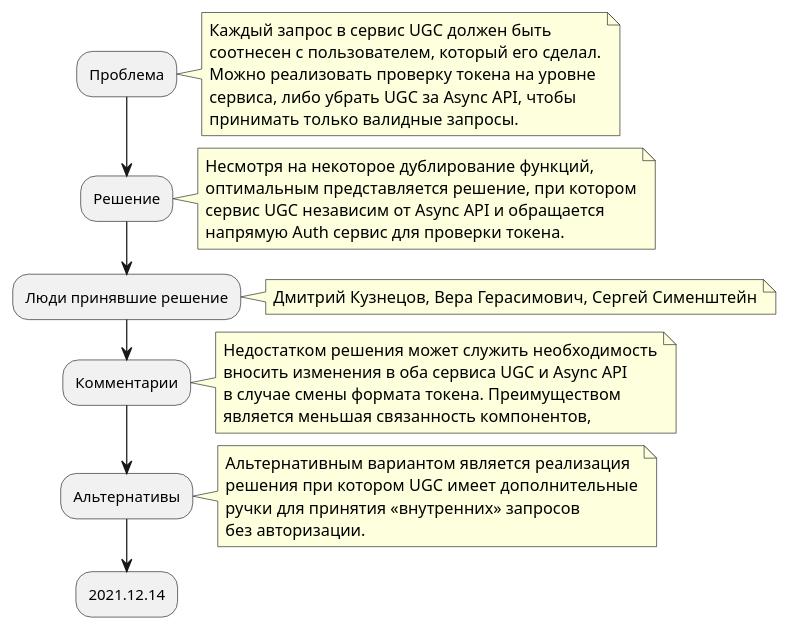
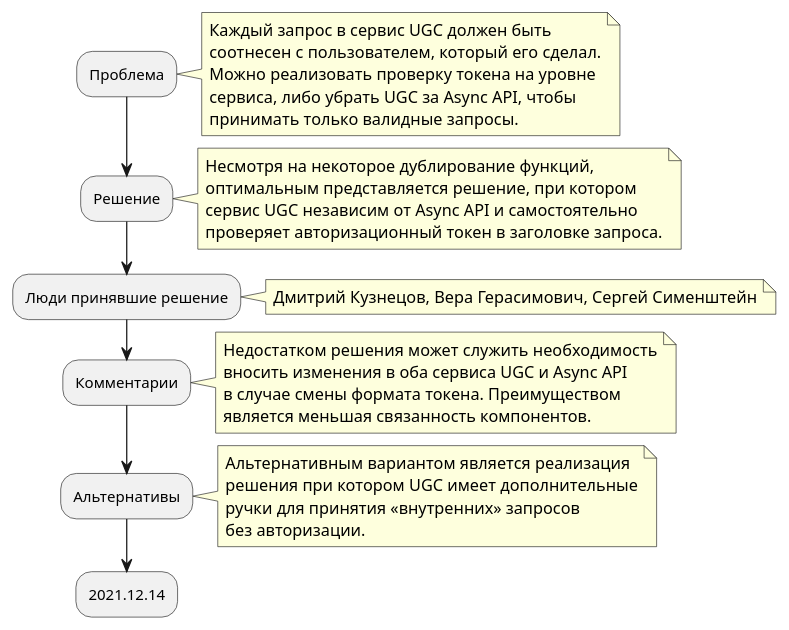
Before and after one commit to dimk00z/ugc_sprint_1: the diagram in design/adr.puml, drawn with PlantUML. The commit also changed 3 other files, not shown here.

Commit message:
Fix Auth link UGC-Auth

```diff
--- a/design/adr.puml
+++ b/design/adr.puml
@@ -1,43 +1,43 @@
 @startuml
 
 :Проблема;
 note right
   Каждый запрос в сервис UGC должен быть
   соотнесен с пользователем, который его сделал.
   Можно реализовать проверку токена на уровне
   сервиса, либо убрать UGC за Async API, чтобы
   принимать только валидные запросы.
 end note
 
 :Решение;
 note right
   Несмотря на некоторое дублирование функций,
   оптимальным представляется решение, при котором
-  сервис UGC независим от Async API и обращается
-  напрямую Auth сервис для проверки токена.
+  сервис UGC независим от Async API и самостоятельно
+  проверяет авторизационный токен в заголовке запроса.
 end note
 
 :Люди принявшие решение;
 note right
   Дмитрий Кузнецов, Вера Герасимович, Сергей Сименштейн
 end note
 
 :Комментарии;
 note right
   Недостатком решения может служить необходимость
   вносить изменения в оба сервиса UGC и Async API
   в случае смены формата токена. Преимуществом
-  является меньшая связанность компонентов,
+  является меньшая связанность компонентов.
 end note
 
 :Альтернативы;
 note right
   Альтернативным вариантом является реализация
   решения при котором UGC имеет дополнительные
   ручки для принятия «внутренних» запросов
   без авторизации.
 end note
 
 :2021.12.14;
 
 @enduml
```
